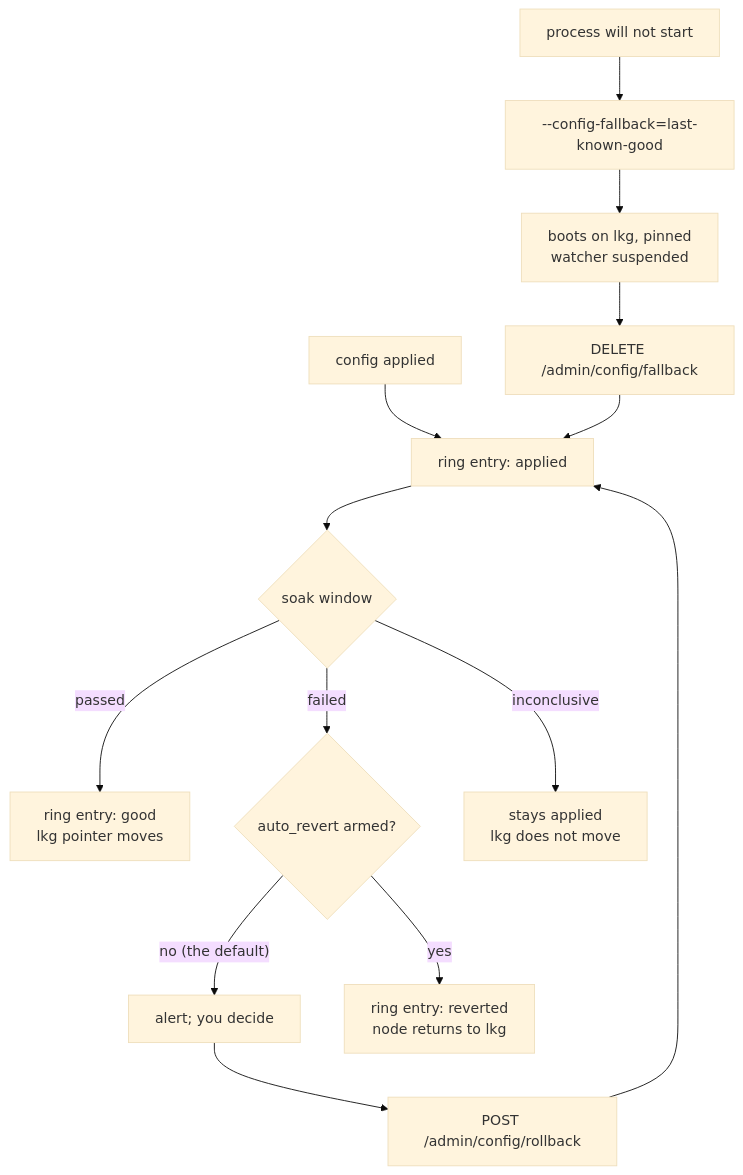
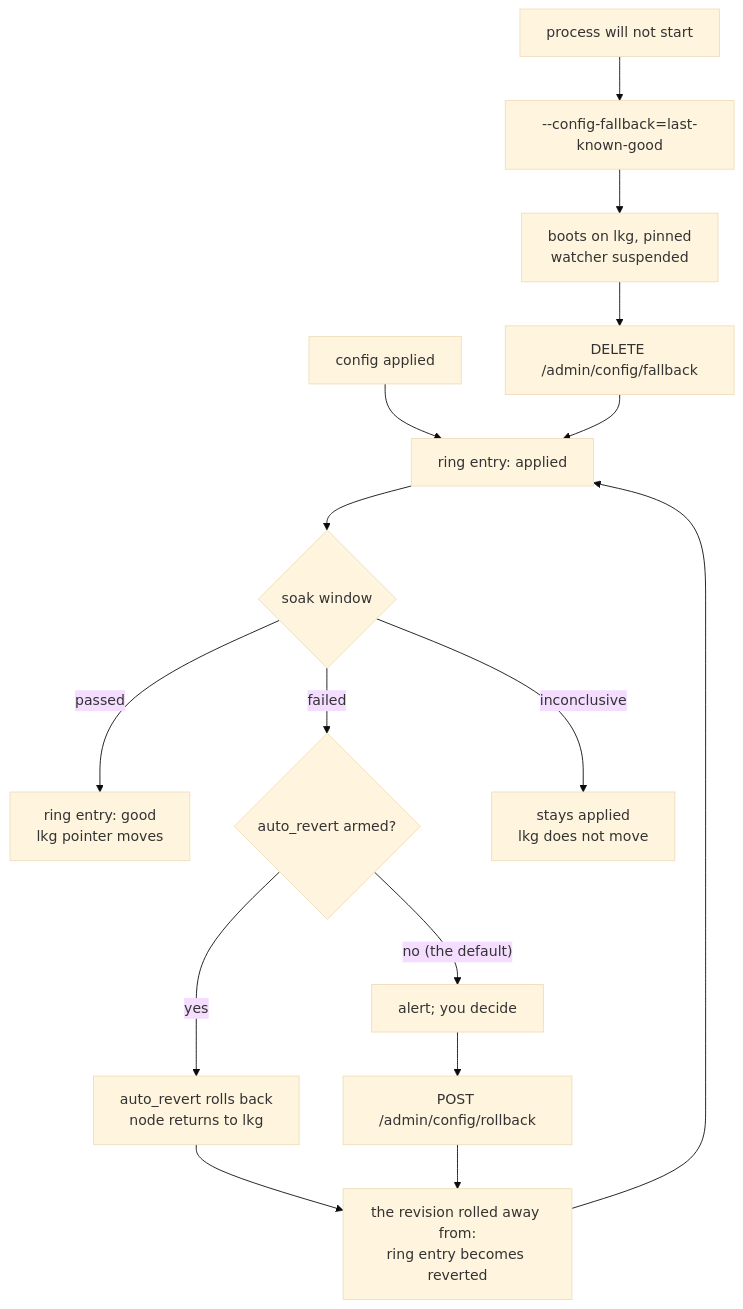
Before and after one commit to soapbucket/sbproxy: the diagram in docs/config-rollback.md, drawn with Mermaid (base theme). The commit also changed 11 other files, not shown here.

````diff
--- a/docs/config-rollback.md
+++ b/docs/config-rollback.md
@@ -26,16 +26,18 @@
 ```mermaid
 flowchart TD
     A["config applied"] --> B["ring entry: applied"]
     B --> C{"soak window"}
     C -- "passed" --> D["ring entry: good<br/>lkg pointer moves"]
     C -- "failed" --> E{"auto_revert armed?"}
     C -- "inconclusive" --> B2["stays applied<br/>lkg does not move"]
     E -- "no (the default)" --> F["alert; you decide"]
-    E -- "yes" --> G["ring entry: reverted<br/>node returns to lkg"]
+    E -- "yes" --> G["auto_revert rolls back<br/>node returns to lkg"]
     F --> H["POST /admin/config/rollback"]
-    H --> B
+    G --> M
+    H --> M["the revision rolled away from:<br/>ring entry becomes reverted"]
+    M --> B
     I["process will not start"] --> J["--config-fallback=last-known-good"]
     J --> K["boots on lkg, pinned<br/>watcher suspended"]
     K --> L["DELETE /admin/config/fallback"]
     L --> B
 ```
````
